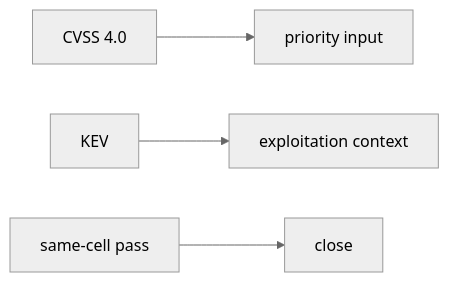
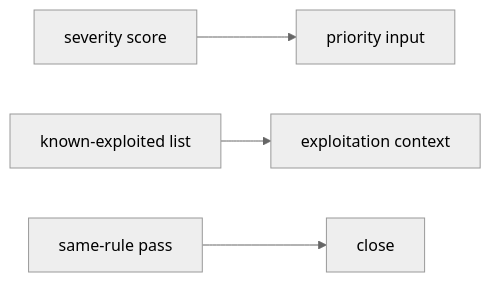
Before and after one commit to ishitvagoel/LearnSecurity: the second of 2 diagrams in content/modules/9/9.5/lessons/01-property.md, drawn with Mermaid (neutral theme). The commit also changed other lines of this file and 39 other files, not shown here.

````diff
--- a/content/modules/9/9.5/lessons/01-property.md
+++ b/content/modules/9/9.5/lessons/01-property.md
@@ -30,6 +31,6 @@
 ```mermaid
 flowchart LR
-  Cvss["CVSS 4.0"] --> Pri[priority input]
-  Kev[KEV] --> Exp[exploitation context]
-  Retest[same-cell pass] --> Decision[close]
+  Cvss["severity score"] --> Pri[priority input]
+  Kev[known-exploited list] --> Exp[exploitation context]
+  Retest[same-rule pass] --> Decision[close]
 ```
````
